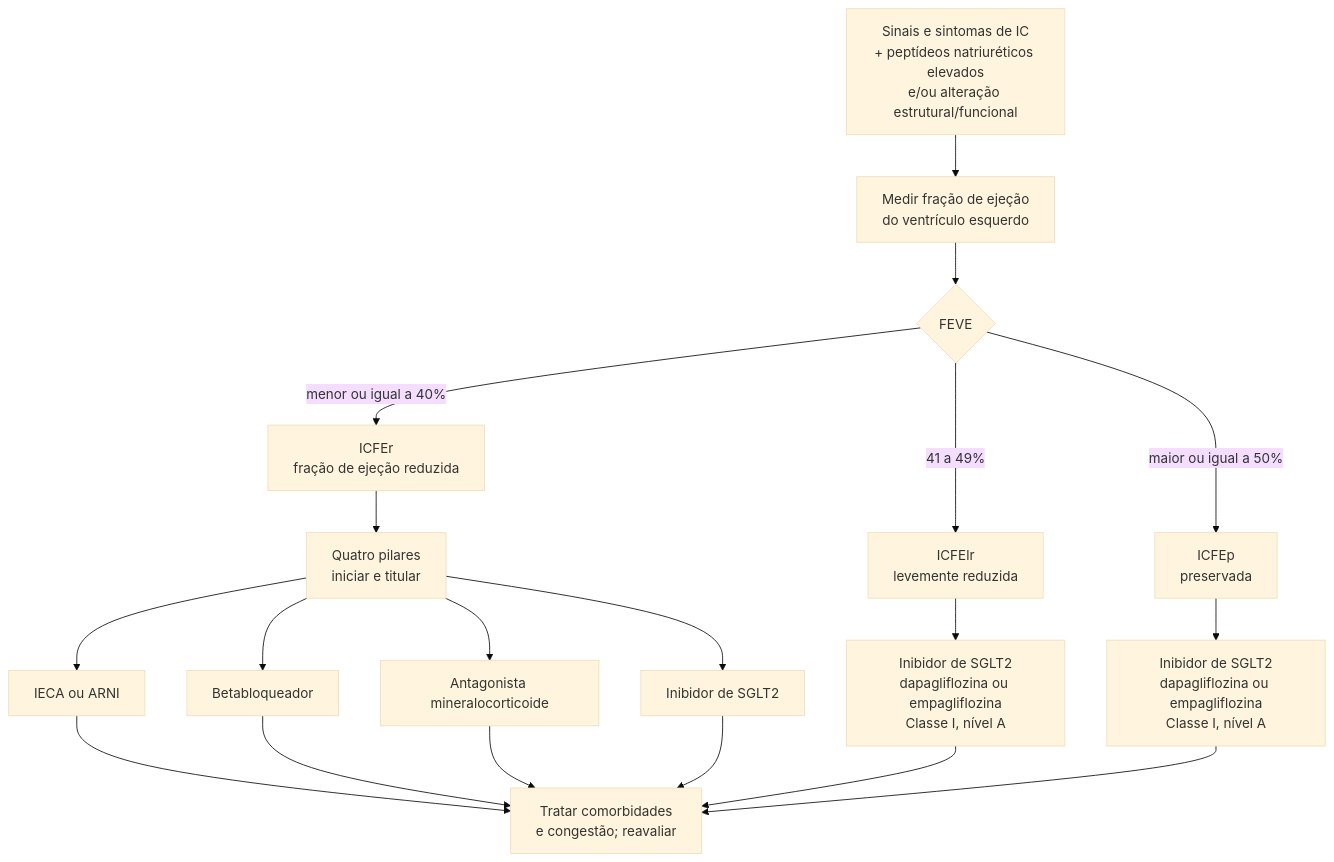
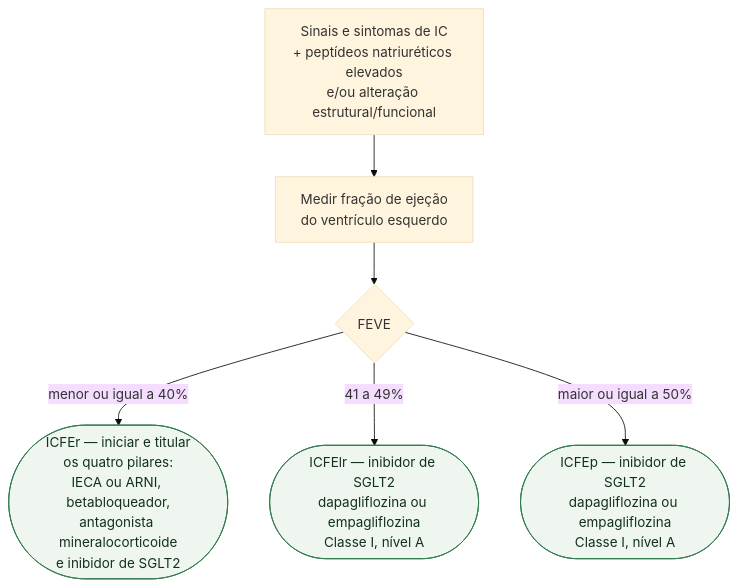
Before and after one commit to rafaelpaesmeirelles/MeuCardio: the diagram in content/Insuficiência_cardíaca/fluxograma-insuficiencia-cardiaca-cronica-por-fracao-de-ejecao-esc-2023.md, drawn with Mermaid (base theme). The commit also changed other lines of this file and 18 other files, not shown here.

````diff
--- a/content/Insuficiência_cardíaca/fluxograma-insuficiencia-cardiaca-cronica-por-fracao-de-ejecao-esc-2023.md
+++ b/content/Insuficiência_cardíaca/fluxograma-insuficiencia-cardiaca-cronica-por-fracao-de-ejecao-esc-2023.md
@@ -22,26 +22,15 @@
 ```mermaid
 flowchart TD
-  A["Sinais e sintomas de IC<br/>+ peptídeos natriuréticos elevados<br/>e/ou alteração estrutural/funcional"] --> B["Medir fração de ejeção<br/>do ventrículo esquerdo"]
+  R0["Sinais e sintomas de IC<br/>+ peptídeos natriuréticos elevados<br/>e/ou alteração estrutural/funcional"] --> P1["Medir fração de ejeção<br/>do ventrículo esquerdo"]
 
-  B --> C{"FEVE"}
+  P1 --> D1{"FEVE"}
 
-  C -->|"menor ou igual a 40%"| D["ICFEr<br/>fração de ejeção reduzida"]
-  C -->|"41 a 49%"| E["ICFElr<br/>levemente reduzida"]
-  C -->|"maior ou igual a 50%"| F["ICFEp<br/>preservada"]
+  D1 -->|"menor ou igual a 40%"| C1(["ICFEr — iniciar e titular<br/>os quatro pilares:<br/>IECA ou ARNI, betabloqueador,<br/>antagonista mineralocorticoide<br/>e inibidor de SGLT2"])
 
-  D --> G["Quatro pilares<br/>iniciar e titular"]
-  G --> G1["IECA ou ARNI"]
-  G --> G2["Betabloqueador"]
-  G --> G3["Antagonista mineralocorticoide"]
-  G --> G4["Inibidor de SGLT2"]
+  D1 -->|"41 a 49%"| C2(["ICFElr — inibidor de SGLT2<br/>dapagliflozina ou empagliflozina<br/>Classe I, nível A"])
 
-  E --> H["Inibidor de SGLT2<br/>dapagliflozina ou empagliflozina<br/>Classe I, nível A"]
-  F --> I["Inibidor de SGLT2<br/>dapagliflozina ou empagliflozina<br/>Classe I, nível A"]
+  D1 -->|"maior ou igual a 50%"| C3(["ICFEp — inibidor de SGLT2<br/>dapagliflozina ou empagliflozina<br/>Classe I, nível A"])
 
-  G1 --> J["Tratar comorbidades<br/>e congestão; reavaliar"]
-  G2 --> J
-  G3 --> J
-  G4 --> J
-  H --> J
-  I --> J
+  classDef conduta fill:#eef6ef,stroke:#2f7a4f,color:#12301f;
+  class C1,C2,C3 conduta;
 ```
````
